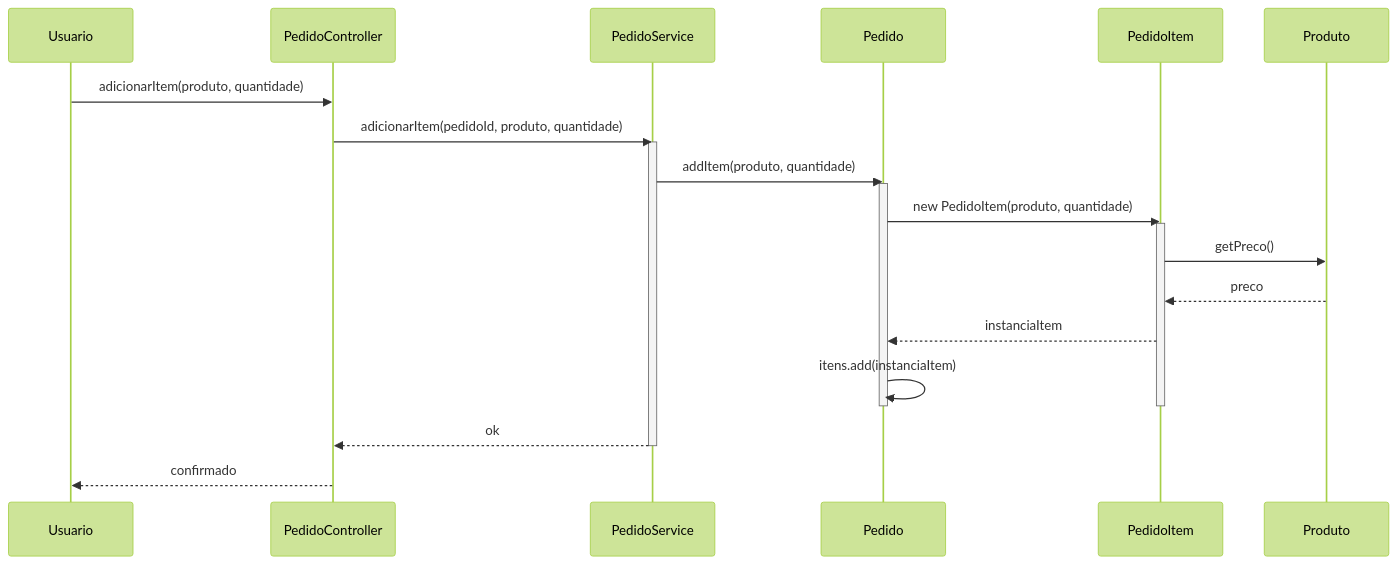
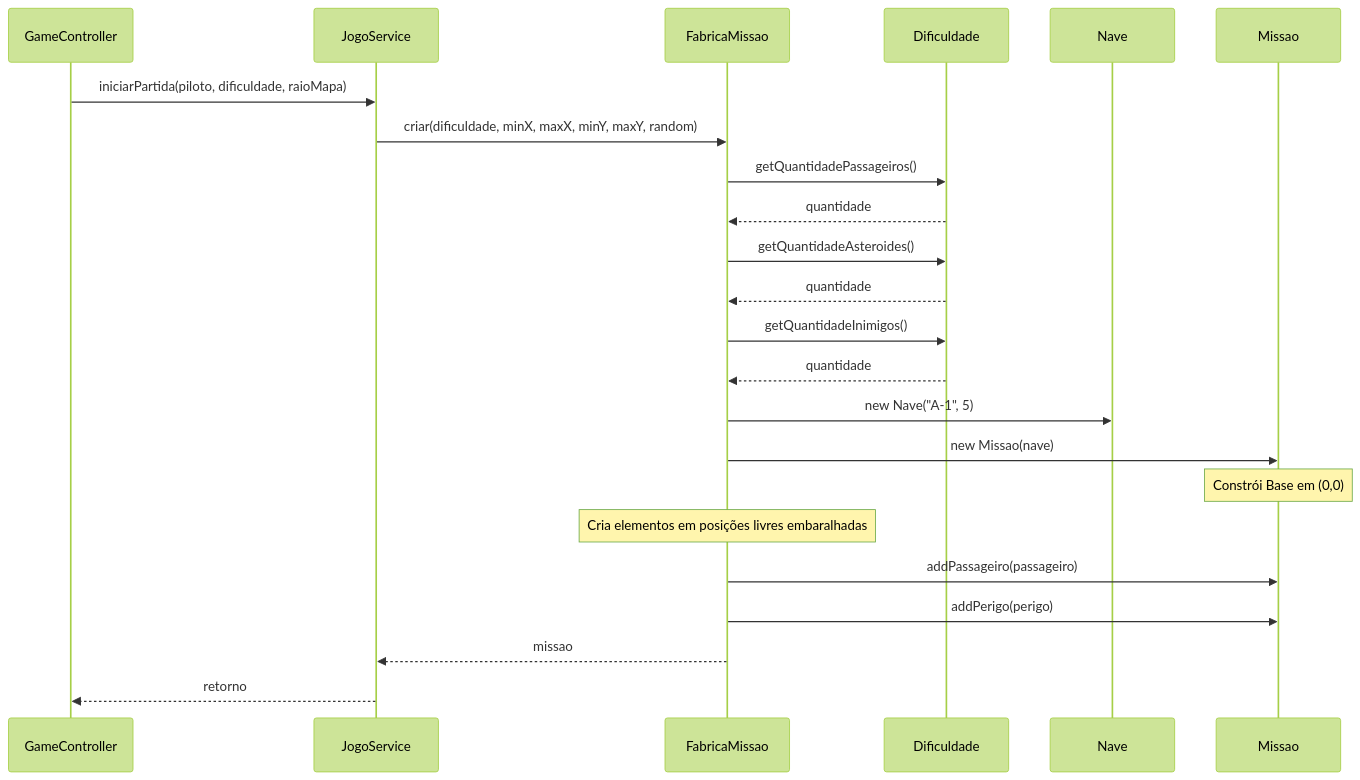
The diagram in apostilas-grasp/diagrams/creator.mmd (marcelobezerra-dotcom/grasp-tutorial), drawn with Mermaid (forest theme) before and after one commit. The commit also changed 70 other files, not shown here.

```diff
--- a/apostilas-grasp/diagrams/creator.mmd
+++ b/apostilas-grasp/diagrams/creator.mmd
@@ -1,24 +1,23 @@
 sequenceDiagram
-  participant Usuario
-  participant PedidoController
-  participant PedidoService
-  participant Pedido
-  participant PedidoItem
-  participant Produto
-
-  Usuario->>PedidoController: adicionarItem(produto, quantidade)
-  PedidoController->>PedidoService: adicionarItem(pedidoId, produto, quantidade)
-  activate PedidoService
-  PedidoService->>Pedido: addItem(produto, quantidade)
-  activate Pedido
-  Pedido->>PedidoItem: new PedidoItem(produto, quantidade)
-  activate PedidoItem
-  PedidoItem->>Produto: getPreco()
-  Produto-->>PedidoItem: preco
-  PedidoItem-->>Pedido: instanciaItem
-  Pedido->>Pedido: itens.add(instanciaItem)
-  deactivate PedidoItem
-  deactivate Pedido
-  PedidoService-->>PedidoController: ok
-  deactivate PedidoService
-  PedidoController-->>Usuario: confirmado
+    participant GameController
+    participant JogoService
+    participant FabricaMissao
+    participant Dificuldade
+    participant Nave
+    participant Missao
+    GameController->>JogoService: iniciarPartida(piloto, dificuldade, raioMapa)
+    JogoService->>FabricaMissao: criar(dificuldade, minX, maxX, minY, maxY, random)
+    FabricaMissao->>Dificuldade: getQuantidadePassageiros()
+    Dificuldade-->>FabricaMissao: quantidade
+    FabricaMissao->>Dificuldade: getQuantidadeAsteroides()
+    Dificuldade-->>FabricaMissao: quantidade
+    FabricaMissao->>Dificuldade: getQuantidadeInimigos()
+    Dificuldade-->>FabricaMissao: quantidade
+    FabricaMissao->>Nave: new Nave("A-1", 5)
+    FabricaMissao->>Missao: new Missao(nave)
+    Note over Missao: Constrói Base em (0,0)
+    Note over FabricaMissao: Cria elementos em posições livres embaralhadas
+    FabricaMissao->>Missao: addPassageiro(passageiro)
+    FabricaMissao->>Missao: addPerigo(perigo)
+    FabricaMissao-->>JogoService: missao
+    JogoService-->>GameController: retorno
```
